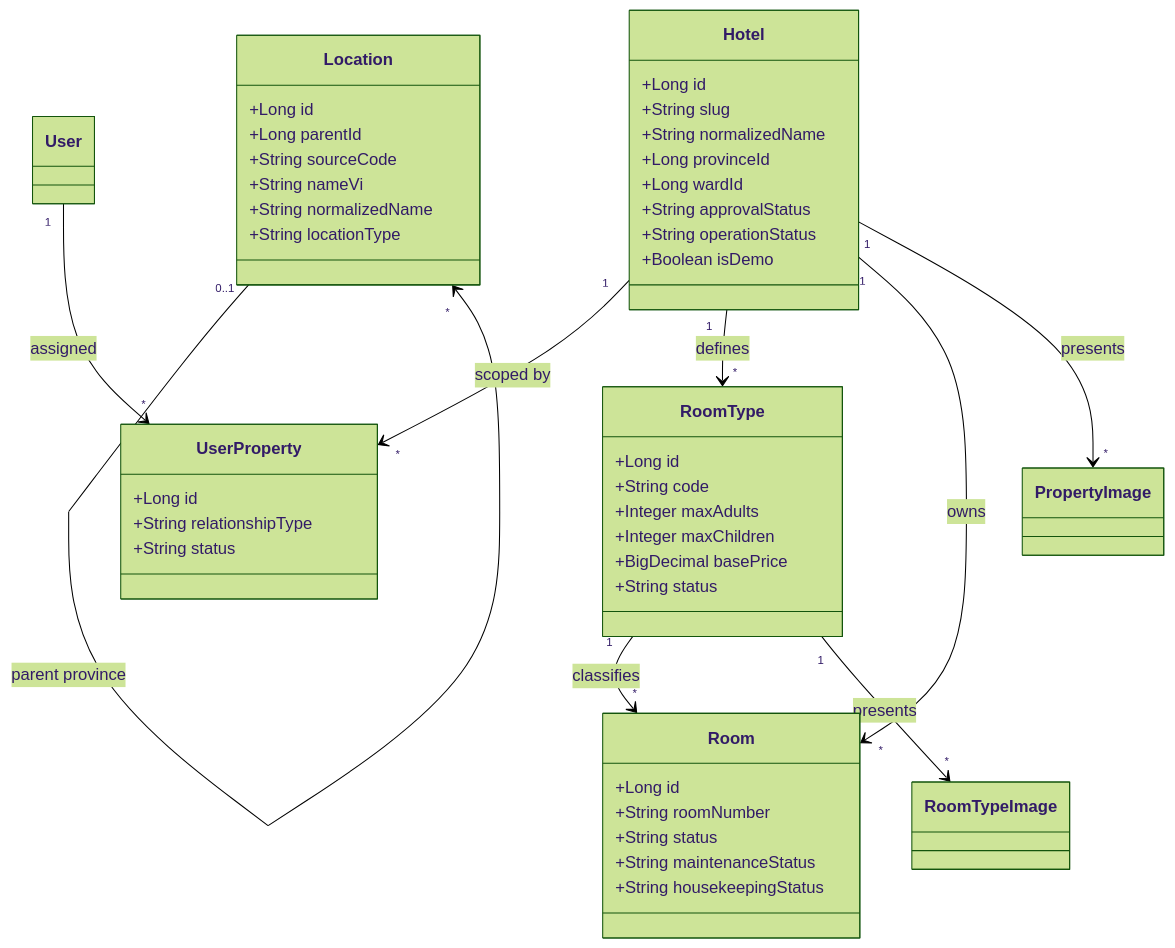
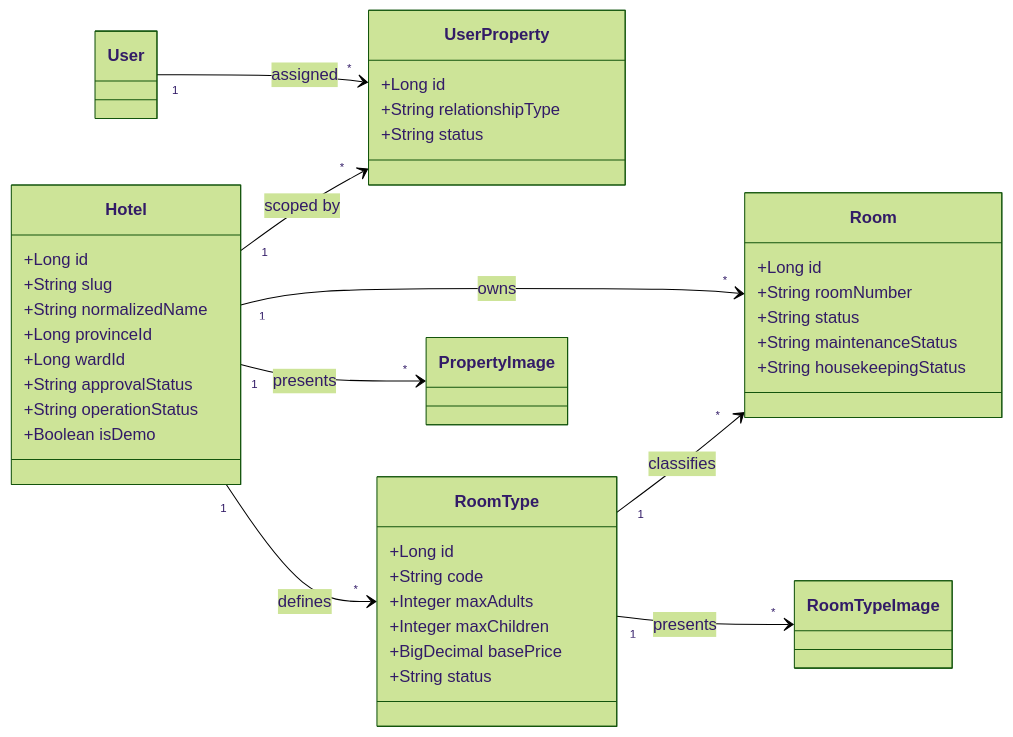
One commit to GinNgo/He-thong-quan-ly-khach-san changed the fifth of 22 diagrams in docs/UML.md. Above: the diagram before and after it, drawn with Mermaid (forest theme). The commit also changed other lines of this file and 291 other files, not shown here.

````diff
--- a/docs/UML.md
+++ b/docs/UML.md
@@ -204,52 +205,43 @@
 ```mermaid
 classDiagram
-    class Location {
-        +Long id
-        +Long parentId
-        +String sourceCode
-        +String nameVi
-        +String normalizedName
-        +String locationType
-    }
+    direction LR
     class Hotel {
         +Long id
         +String slug
         +String normalizedName
         +Long provinceId
         +Long wardId
         +String approvalStatus
         +String operationStatus
         +Boolean isDemo
     }
     class UserProperty {
         +Long id
         +String relationshipType
         +String status
     }
     class RoomType {
         +Long id
         +String code
         +Integer maxAdults
         +Integer maxChildren
         +BigDecimal basePrice
         +String status
     }
     class Room {
         +Long id
         +String roomNumber
         +String status
         +String maintenanceStatus
         +String housekeepingStatus
     }
     class PropertyImage
     class RoomTypeImage
-
-    Location "0..1" --> "*" Location : parent province
+    User "1" --> "*" UserProperty : assigned
     Hotel "1" --> "*" UserProperty : scoped by
-    User "1" --> "*" UserProperty : assigned
     Hotel "1" --> "*" RoomType : defines
     Hotel "1" --> "*" Room : owns
     RoomType "1" --> "*" Room : classifies
     Hotel "1" --> "*" PropertyImage : presents
     RoomType "1" --> "*" RoomTypeImage : presents
 ```
````
